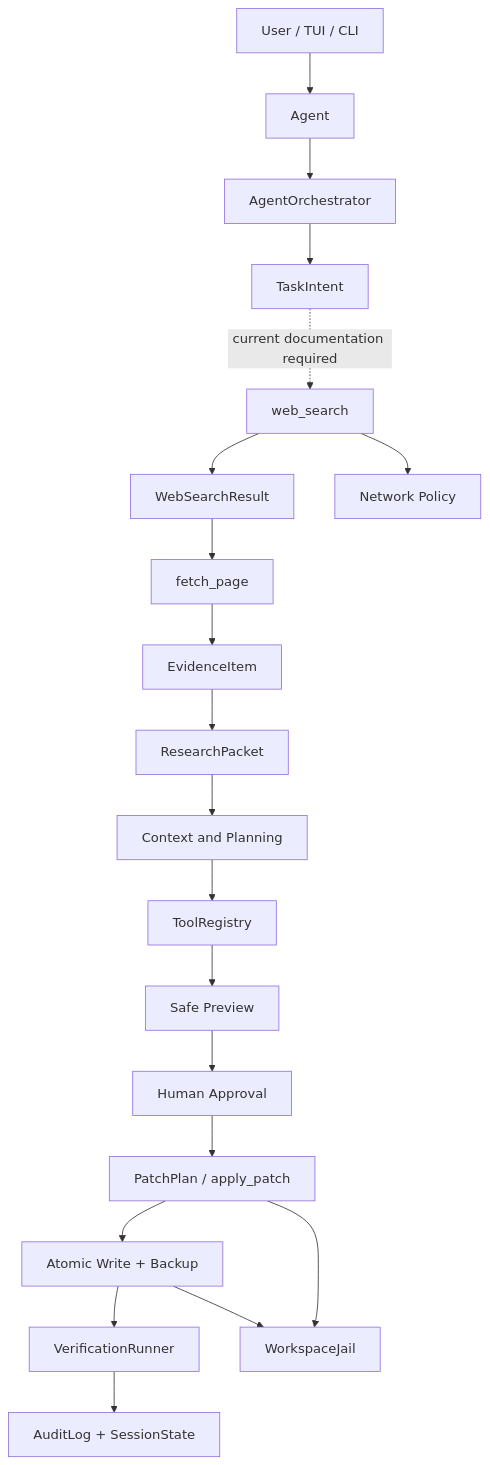
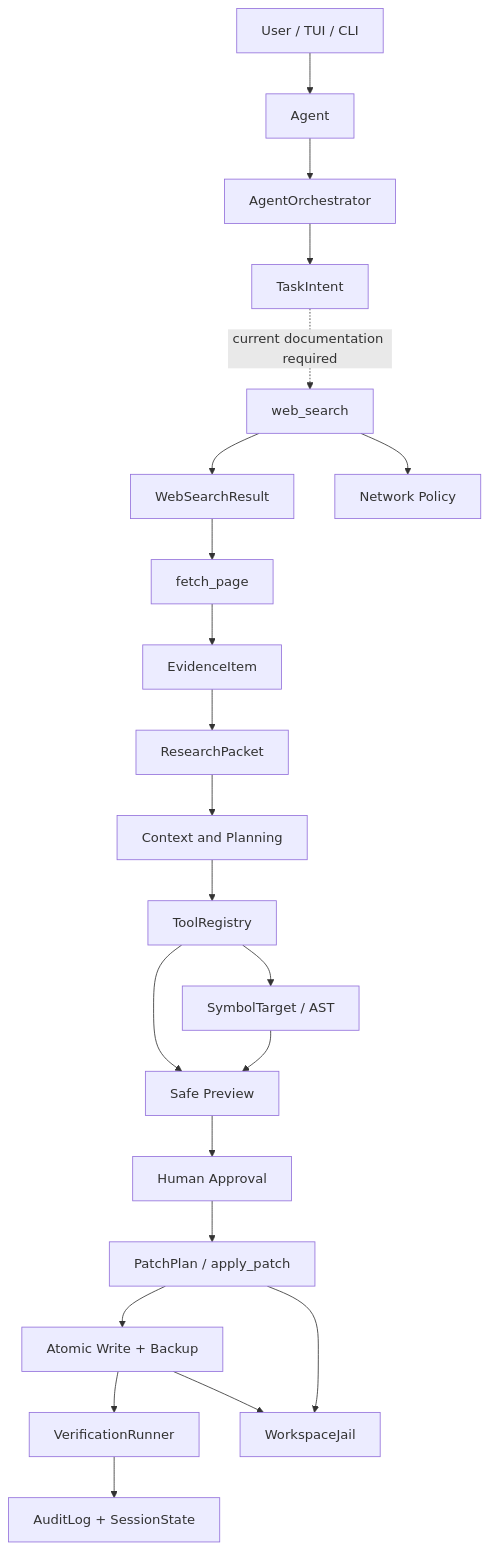
One commit to amiraq1/termux-coder changed the diagram in docs/architecture.md. Above: the diagram before and after it, drawn with Mermaid. The commit also changed other lines of this file and 12 other files, not shown here.

````diff
--- a/docs/architecture.md
+++ b/docs/architecture.md
@@ -11,22 +11,24 @@
 ```mermaid
 flowchart TD
     U[User / TUI / CLI] --> A[Agent]
     A --> O[AgentOrchestrator]
     O --> I[TaskIntent]
     I -. current documentation required .-> W[web_search]
     W --> R[WebSearchResult]
     R --> F[fetch_page]
     F --> E[EvidenceItem]
     E --> P[ResearchPacket]
     P --> C[Context and Planning]
     C --> T[ToolRegistry]
     T --> V[Safe Preview]
     V --> G[Human Approval]
     G --> X[PatchPlan / apply_patch]
     X --> B[Atomic Write + Backup]
+    T --> Y[SymbolTarget / AST]
+    Y --> V
     B --> Q[VerificationRunner]
     Q --> Z[AuditLog + SessionState]
     W --> N[Network Policy]
     X --> S[WorkspaceJail]
     B --> S
 ```
````
